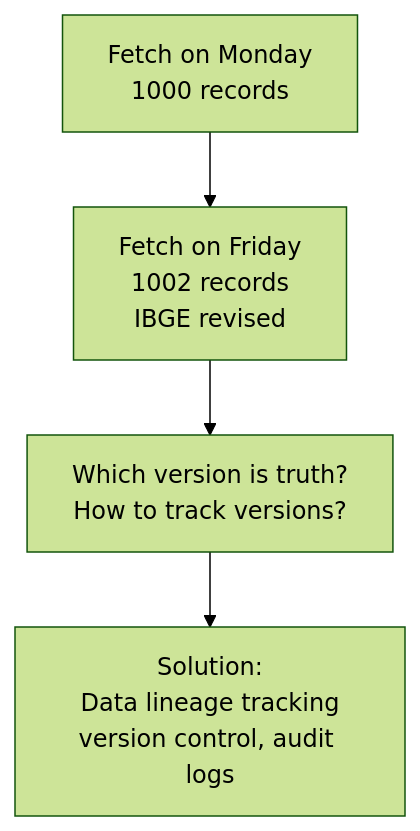
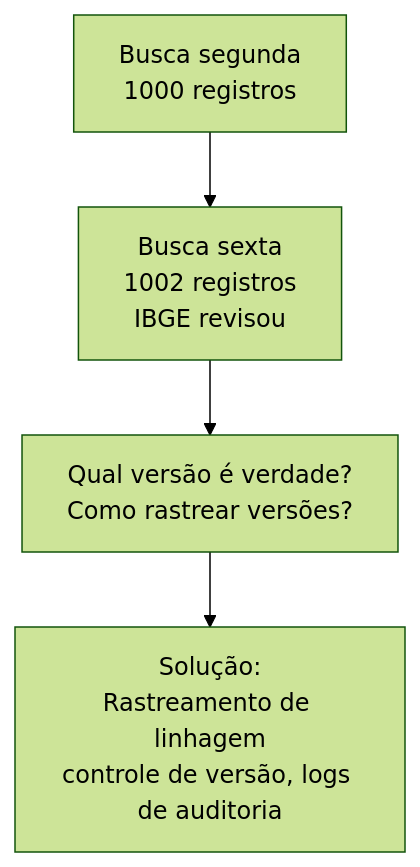
The fourth of 7 diagrams in docs/concepts/data-engineering.md (Quantilica/docs), drawn with Mermaid (forest theme) before and after one commit. The commit also changed other lines of this file and 31 other files, not shown here.

````diff
--- a/docs/concepts/data-engineering.md
+++ b/docs/concepts/data-engineering.md
@@ -47,6 +47,6 @@
 ```mermaid
 graph TD
-    A["Fetch on Monday<br/>1000 records"] --> B["Fetch on Friday<br/>1002 records<br/>IBGE revised"]
-    B --> C["Which version is truth?<br/>How to track versions?"]
-    C --> D["Solution:<br/>Data lineage tracking<br/>version control, audit logs"]
+    A["Busca segunda<br/>1000 registros"] --> B["Busca sexta<br/>1002 registros<br/>IBGE revisou"]
+    B --> C["Qual versão é verdade?<br/>Como rastrear versões?"]
+    C --> D["Solução:<br/>Rastreamento de linhagem<br/>controle de versão, logs de auditoria"]
 ```
````
